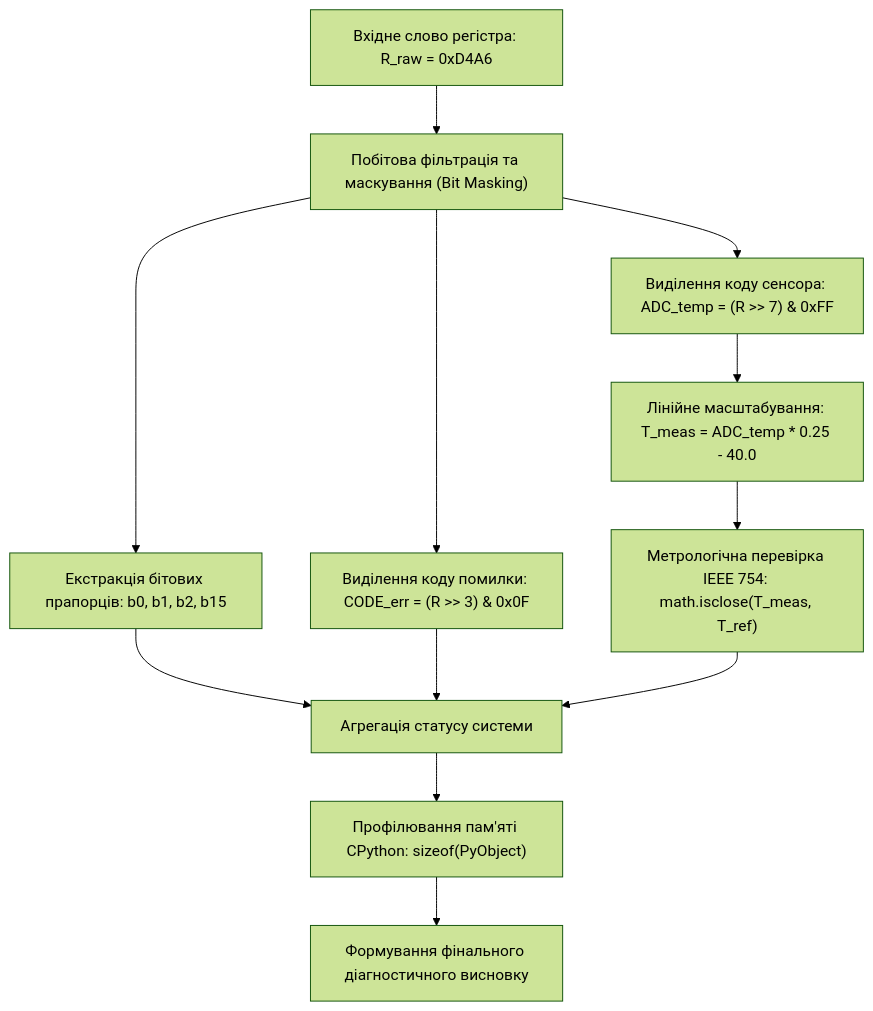
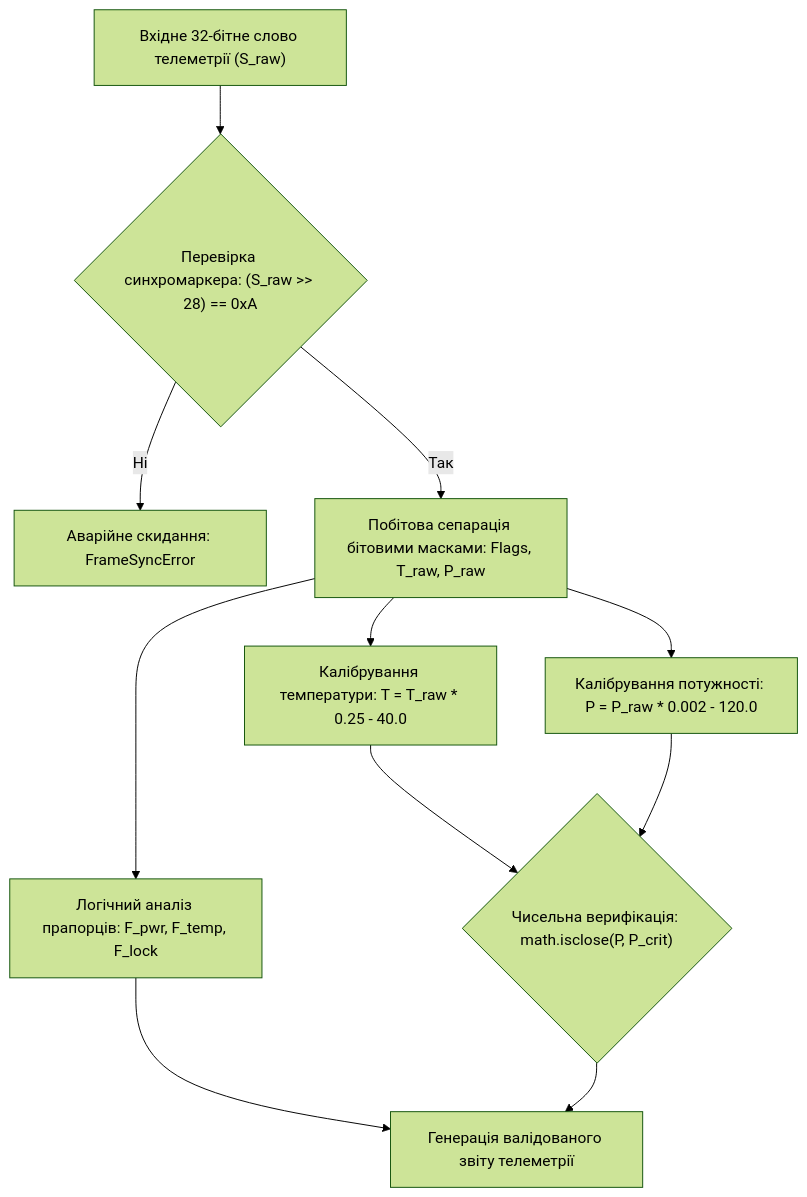
One commit to KyryloVadurin/python-programming changed the fifth of 5 diagrams in docs/lk/lk1.md. Above: the diagram before and after it, drawn with Mermaid (forest theme). The commit also changed other lines of this file, not shown here.

````diff
--- a/docs/lk/lk1.md
+++ b/docs/lk/lk1.md
@@ -664,18 +457,13 @@
 ```mermaid
 flowchart TD
-    StartInput["Вхідне слово регістра: R_raw = 0xD4A6"] --> BitSplit["Побітова фільтрація та маскування (Bit Masking)"]
-    
-    BitSplit --> ExtractFlags["Екстракція бітових прапорців: b0, b1, b2, b15"]
-    BitSplit --> ExtractErr["Виділення коду помилки: CODE_err = (R >> 3) & 0x0F"]
-    BitSplit --> ExtractADC["Виділення коду сенсора: ADC_temp = (R >> 7) & 0xFF"]
-    
-    ExtractADC --> ScaleCalc["Лінійне масштабування: T_meas = ADC_temp * 0.25 - 40.0"]
-    ScaleCalc --> IEEEValidate["Метрологічна перевірка IEEE 754: math.isclose(T_meas, T_ref)"]
-    
-    ExtractFlags --> StatusAssembly["Агрегація статусу системи"]
-    ExtractErr --> StatusAssembly
-    IEEEValidate --> StatusAssembly
-    
-    StatusAssembly --> MemProfile["Профілювання пам'яті CPython: sizeof(PyObject)"]
-    MemProfile --> FinalReport["Формування фінального діагностичного висновку"]
+    Packet["Вхідне 32-бітне слово телеметрії (S_raw)"] --> SyncCheck{"Перевірка синхромаркера: (S_raw >> 28) == 0xA"}
+    SyncCheck -- Ні --> Drop["Аварійне скидання: FrameSyncError"]
+    SyncCheck -- Так --> Masking["Побітова сепарація бітовими масками: Flags, T_raw, P_raw"]
+    Masking --> FlagEval["Логічний аналіз прапорців: F_pwr, F_temp, F_lock"]
+    Masking --> CalcT["Калібрування температури: T = T_raw * 0.25 - 40.0"]
+    Masking --> CalcP["Калібрування потужності: P = P_raw * 0.002 - 120.0"]
+    CalcT --> ValidFloat{"Чисельна верифікація: math.isclose(P, P_crit)"}
+    CalcP --> ValidFloat
+    FlagEval --> Report["Генерація валідованого звіту телеметрії"]
+    ValidFloat --> Report
 ```
````
